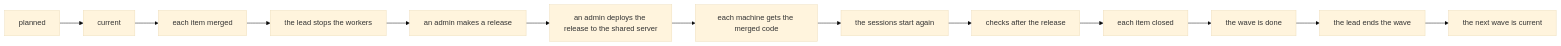
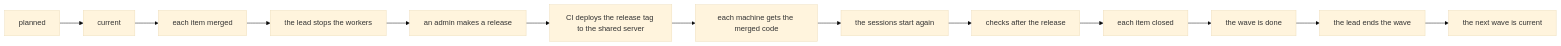
Before and after one commit to como-technologies/riff: the second of 3 diagrams in docs/src/waves.md, drawn with Mermaid (base theme). The commit also changed other lines of this file and 10 other files, not shown here.

First line of the commit message:
Deploy the shared riff when a release tag is pushed (#235)

````diff
--- a/docs/src/waves.md
+++ b/docs/src/waves.md
@@ -43,15 +43,15 @@
 ```mermaid
 flowchart LR
     P[planned] --> C[current]
     C --> M[each item merged]
     M --> S[the lead stops the workers]
     S --> V[an admin makes a release]
-    V --> P2[an admin deploys the release to the shared server]
+    V --> P2[CI deploys the release tag to the shared server]
     P2 --> U[each machine gets the merged code]
     U --> R[the sessions start again]
     R --> K[checks after the release]
     K --> X[each item closed]
     X --> D[the wave is done]
     D --> E[the lead ends the wave]
     E --> N[the next wave is current]
 ```
````
